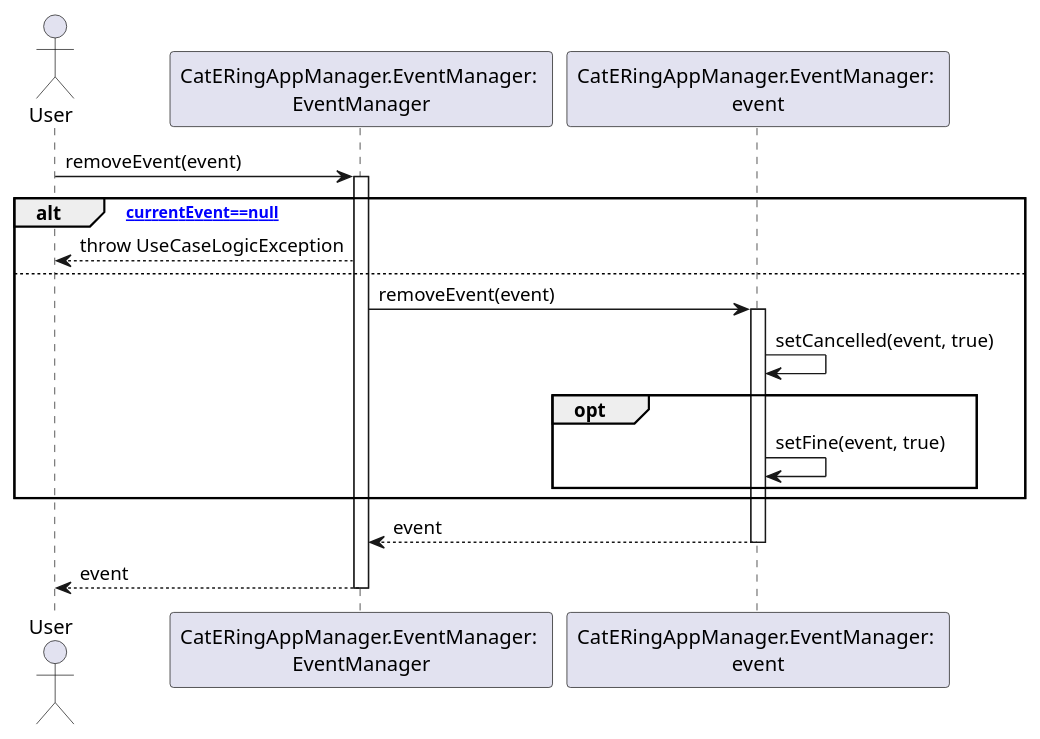
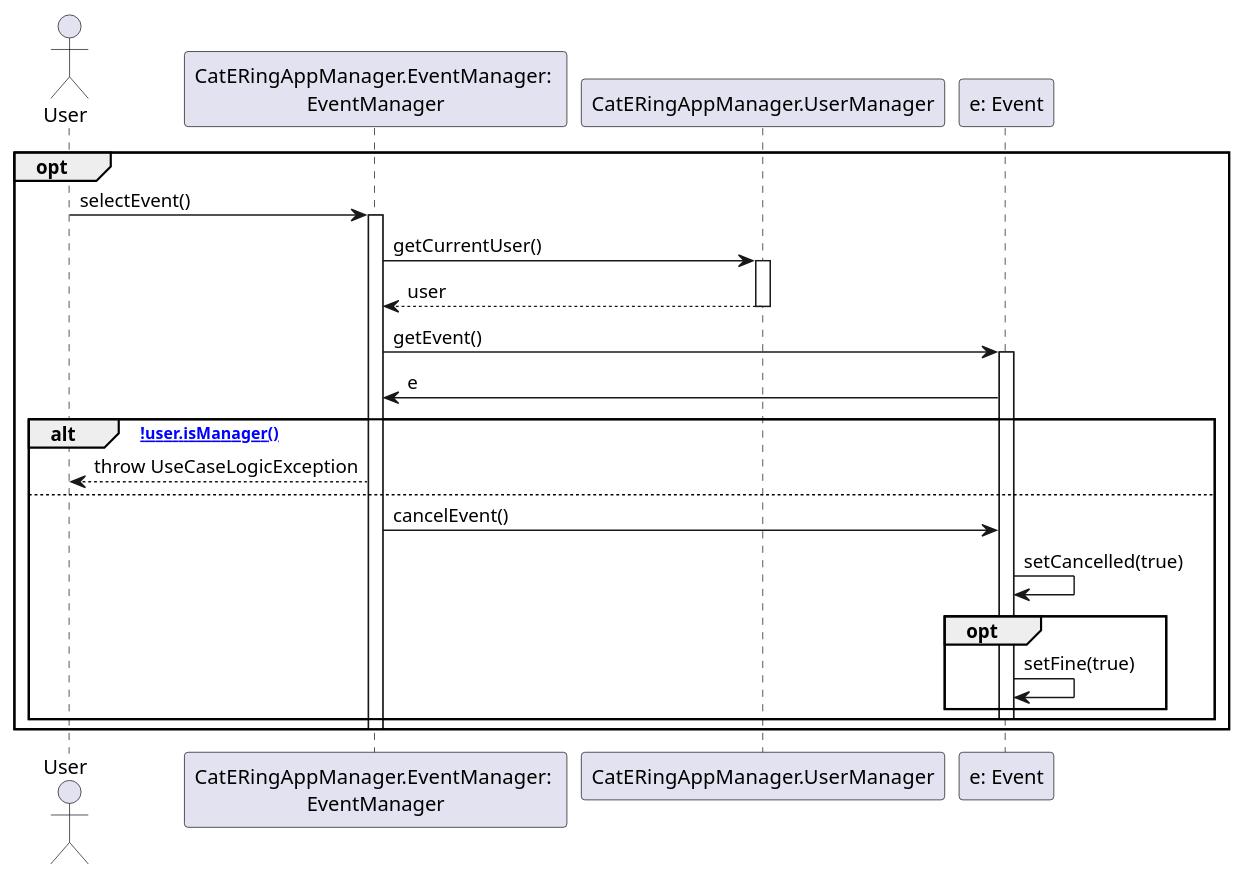
The diagram in dsd/dsd-eventi/estensioniEcc/1b-removeEvent.md (m0canu1/sas), drawn with PlantUML before and after one commit. The commit also changed 6 other files, not shown here.

````diff
--- a/dsd/dsd-eventi/estensioniEcc/1b-removeEvent.md
+++ b/dsd/dsd-eventi/estensioniEcc/1b-removeEvent.md
@@ -1,26 +1,32 @@
 ```plantuml
-Actor User
-Participant "CatERingAppManager.EventManager: \nEventManager" as EM 
-Participant "CatERingAppManager.EventManager: \nevent" as E
+Actor  User
+Participant "CatERingAppManager.EventManager: \nEventManager"  as EM
+Participant "CatERingAppManager.UserManager" as UM
 
-User -> EM: removeEvent(event)
-Activate EM
-alt [currentEvent==null]
-    EM --> User: throw UseCaseLogicException
-else
-    EM -> E: removeEvent(event)
-    Activate E
+opt
+	User -> EM: selectEvent()
+	Activate EM
 
-    E -> E: setCancelled(event, true)
-    opt 
-        E -> E: setFine(event, true)
-    end
+	EM -> UM: getCurrentUser()
+	Activate UM
+	    
+	UM --> EM: user
+	Deactivate UM
+
+	EM -> "e: Event": getEvent()
+	Activate "e: Event"
+	"e: Event" -> EM: e
+
+	alt [!user.isManager()]
+	    EM --> User: throw UseCaseLogicException
+	else
+	    EM -> "e: Event": cancelEvent()
+	    "e: Event" -> "e: Event": setCancelled(true)
+	    opt 
+	    	"e: Event" -> "e: Event": setFine(true)
+	    end
+		Deactivate "e: Event"
+	end
+	Deactivate EM
 end
-E --> EM: event
-Deactivate E
-
-EM --> User: event
-Deactivate EM
-
-
 ```
````
